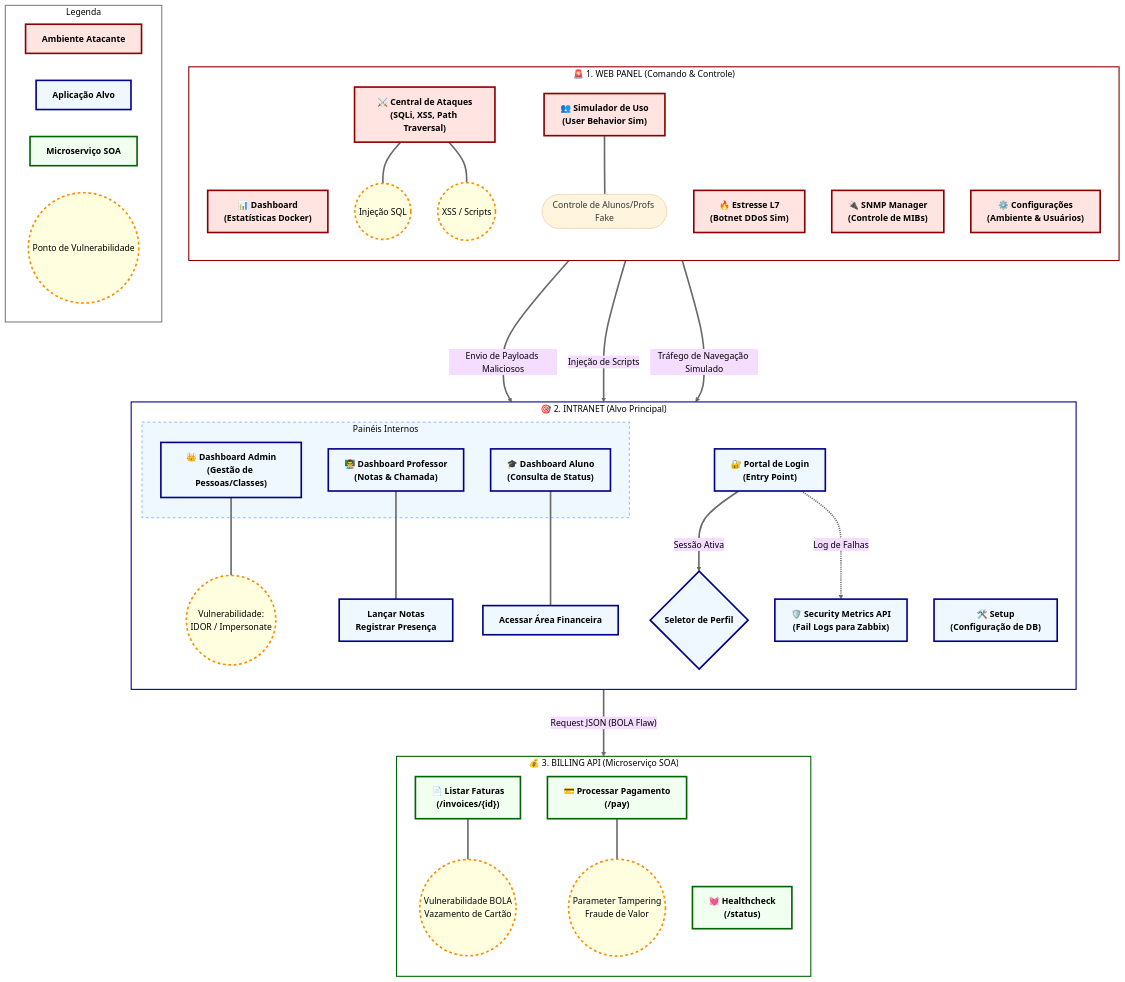
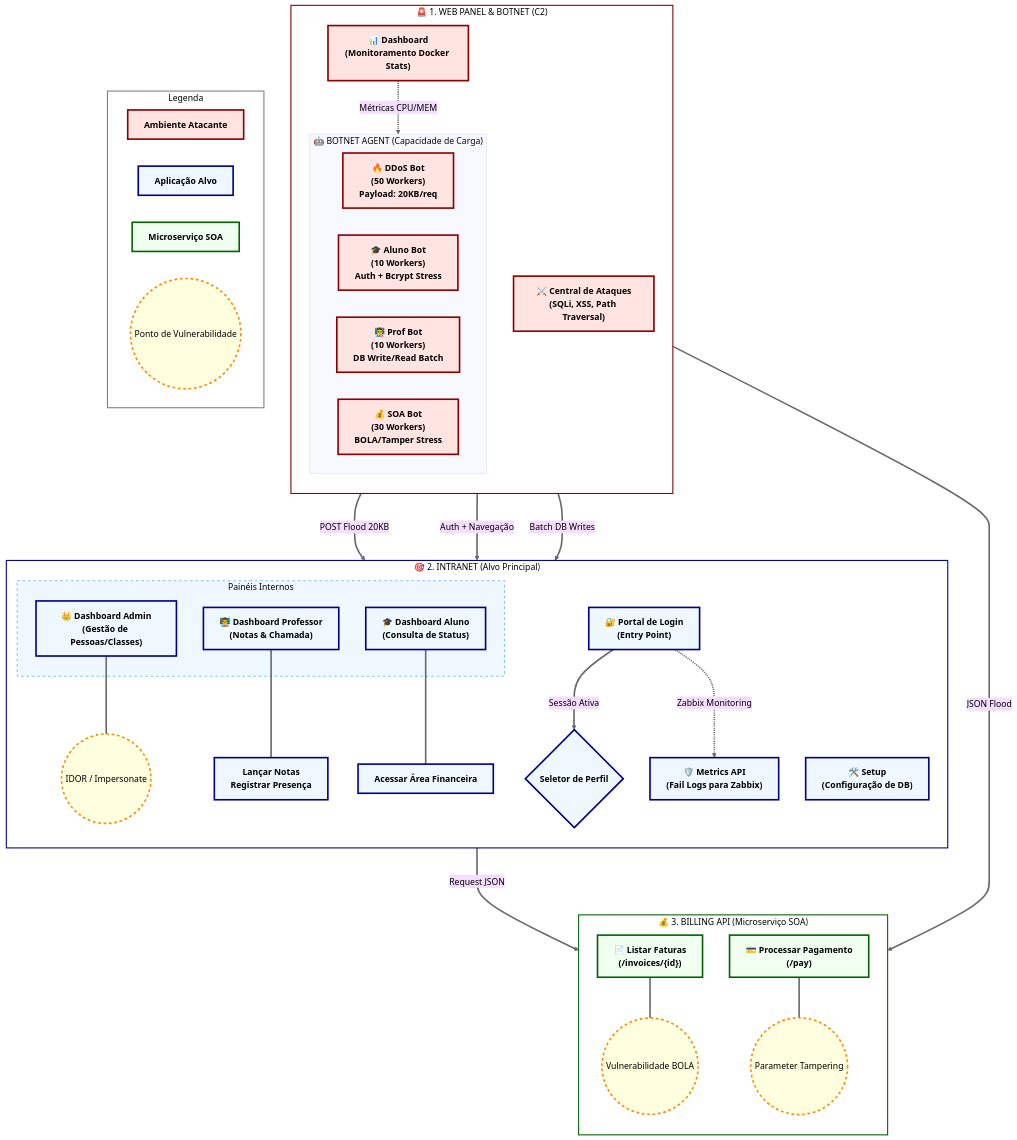
One commit to AugustoRubio/PI_5SEMESTRE_MONITORAMENTO changed the diagram in docs/diagrama_funcionalidades.md. Above: the diagram before and after it, drawn with Mermaid (base theme). The commit also changed other lines of this file, not shown here.

Commit message:
docs: expand diagram with botnet worker details, docker load metrics and system resources

````diff
--- a/docs/diagrama_funcionalidades.md
+++ b/docs/diagrama_funcionalidades.md
@@ -8,32 +8,33 @@
 flowchart TD
     %% ==========================================
     %% Definições de Estilo (Alta Fidelidade)
-    %% USANDO APENAS NOMES DE CORES PARA EVITAR BUGS DE ENCODING NO GITHUB
     %% ==========================================
     classDef attackerNode fill:mistyrose,stroke:darkred,stroke-width:3px,color:black,font-weight:bold;
     classDef targetNode fill:aliceblue,stroke:darkblue,stroke-width:3px,color:black,font-weight:bold;
     classDef microserviceNode fill:honeydew,stroke:darkgreen,stroke-width:3px,color:black,font-weight:bold;
     classDef vulnerability fill:lightyellow,stroke:darkorange,stroke-width:3px,color:black,stroke-dasharray: 5 5;
+    classDef metricsNode fill:white,stroke:dimgray,stroke-width:1px,color:black,font-size:10px;
 
-    %% Estilo global para as setas (links) e seus textos (preto)
+    %% Estilo global para as setas
     linkStyle default stroke:dimgray,stroke-width:3px,color:black;
 
     %% ==========================================
-    %% Subgrafo: Painel do Atacante (C2)
+    %% Subgrafo: Painel do Atacante (C2) e Botnet
     %% ==========================================
-    subgraph Web_Panel ["🚨 1. WEB PANEL (Comando & Controle)"]
+    subgraph Web_Panel ["🚨 1. WEB PANEL & BOTNET (C2)"]
         direction TB
-        WP_Stats["📊 Dashboard\n(Estatísticas Docker)"]
+        WP_Stats["📊 Dashboard\n(Monitoramento Docker Stats)"]
         WP_Attacks["⚔️ Central de Ataques\n(SQLi, XSS, Path Traversal)"]
-        WP_Stress["🔥 Estresse L7\n(Botnet DDoS Sim)"]
-        WP_Sim["👥 Simulador de Uso\n(User Behavior Sim)"]
-        WP_SNMP["🔌 SNMP Manager\n(Controle de MIBs)"]
-        WP_Admin["⚙️ Configurações\n(Ambiente & Usuários)"]
+        
+        subgraph Botnet_Agent ["🤖 BOTNET AGENT (Capacidade de Carga)"]
+            direction LR
+            BOT_DDOS["🔥 DDoS Bot\n(50 Workers)\nPayload: 20KB/req"]:::attackerNode
+            BOT_STUD["🎓 Aluno Bot\n(10 Workers)\nAuth + Bcrypt Stress"]:::attackerNode
+            BOT_PROF["👨‍🏫 Prof Bot\n(10 Workers)\nDB Write/Read Batch"]:::attackerNode
+            BOT_SOA["💰 SOA Bot\n(30 Workers)\nBOLA/Tamper Stress"]:::attackerNode
+        end
 
-        %% Detalhes das Ações de Ataque
-        WP_Attacks --- ATK_SQLI((Injeção SQL)):::vulnerability
-        WP_Attacks --- ATK_XSS((XSS / Scripts)):::vulnerability
-        WP_Sim --- SIM_Botnet([Controle de Alunos/Profs Fake])
+        WP_Stats -.-> |"Métricas CPU/MEM"| Botnet_Agent
     end
 
     %% ==========================================
@@ -44,7 +45,6 @@
         INT_Setup["🛠️ Setup\n(Configuração de DB)"]
         INT_Login["🔐 Portal de Login\n(Entry Point)"]
         
-        %% Roteamento por Perfil
         INT_Login ==> |"Sessão Ativa"| INT_Router{Seletor de Perfil}
         
         subgraph Dashboards ["Painéis Internos"]
@@ -54,12 +54,11 @@
         end
 
         %% Ações Específicas Detalhadas
-        INT_Admin --- ADM_Impersonate((Vulnerabilidade:\nIDOR / Impersonate)):::vulnerability
+        INT_Admin --- ADM_Impersonate((IDOR / Impersonate)):::vulnerability
         INT_Prof --- PROF_Actions["Lançar Notas\nRegistrar Presença"]
         INT_Stud --- STUD_Billing["Acessar Área Financeira"]
         
-        %% Métrica para Zabbix
-        INT_Sec["🛡️ Security Metrics API\n(Fail Logs para Zabbix)"]
+        INT_Sec["🛡️ Metrics API\n(Fail Logs para Zabbix)"]
     end
 
     %% ==========================================
@@ -69,27 +68,22 @@
         direction TB
         BILL_Invoices["📄 Listar Faturas\n(/invoices/{id})"]
         BILL_Pay["💳 Processar Pagamento\n(/pay)"]
-        BILL_Status["💓 Healthcheck\n(/status)"]
-
-        %% Vulnerabilidades do Microserviço
-        BILL_Invoices --- VULN_BOLA((Vulnerabilidade BOLA\nVazamento de Cartão)):::vulnerability
-        BILL_Pay --- VULN_Tamper((Parameter Tampering\nFraude de Valor)):::vulnerability
+        
+        BILL_Invoices --- VULN_BOLA((Vulnerabilidade BOLA)):::vulnerability
+        BILL_Pay --- VULN_Tamper((Parameter Tampering)):::vulnerability
     end
 
     %% ==========================================
     %% Conexões de Alta Visibilidade (Inter-Sistemas)
     %% ==========================================
     
-    %% Fluxo de Ataque (Web Panel -> Intranet)
-    ATK_SQLI ===> |"Envio de Payloads Maliciosos"| INT_Login
-    ATK_XSS ===> |"Injeção de Scripts"| INT_Login
-    SIM_Botnet ===> |"Tráfego de Navegação Simulado"| INT_Login
+    BOT_DDOS ===> |"POST Flood 20KB"| INT_Login
+    BOT_STUD ===> |"Auth + Navegação"| INT_Login
+    BOT_PROF ===> |"Batch DB Writes"| INT_Login
+    BOT_SOA ===> |"JSON Flood"| BILL_Invoices
     
-    %% Fluxo de Dados (Intranet -> Billing)
-    STUD_Billing ===> |"Request JSON (BOLA Flaw)"| BILL_Invoices
-    
-    %% Fluxo de Monitoramento (Intranet -> Zabbix/Security)
-    INT_Login -.-> |"Log de Falhas"| INT_Sec
+    STUD_Billing ===> |"Request JSON"| BILL_Invoices
+    INT_Login -.-> |"Zabbix Monitoring"| INT_Sec
 
     %% ==========================================
     %% Legenda de Cores
@@ -102,7 +96,7 @@
         L4((Ponto de Vulnerabilidade)):::vulnerability
     end
 
-    %% Estilização de Subgrafos (Fundo Branco + Texto Preto forçado)
+    %% Estilização de Subgrafos
     style Web_Panel fill:white,stroke:darkred,stroke-width:2px,color:black
     style Intranet_App fill:white,stroke:darkblue,stroke-width:2px,color:black
     style Billing_Microservice fill:white,stroke:darkgreen,stroke-width:2px,color:black
@@ -110,7 +104,7 @@
     style Legenda fill:white,stroke:gray,stroke-width:2px,color:black
 
     %% Aplicação de Classes aos nós
-    class WP_Stats,WP_Attacks,WP_Stress,WP_Sim,WP_SNMP,WP_Admin attackerNode;
+    class WP_Stats,WP_Attacks attackerNode;
     class INT_Setup,INT_Login,INT_Admin,INT_Prof,INT_Stud,INT_Sec,PROF_Actions,STUD_Billing,INT_Router targetNode;
-    class BILL_Invoices,BILL_Pay,BILL_Status microserviceNode;
+    class BILL_Invoices,BILL_Pay microserviceNode;
 ```
````
